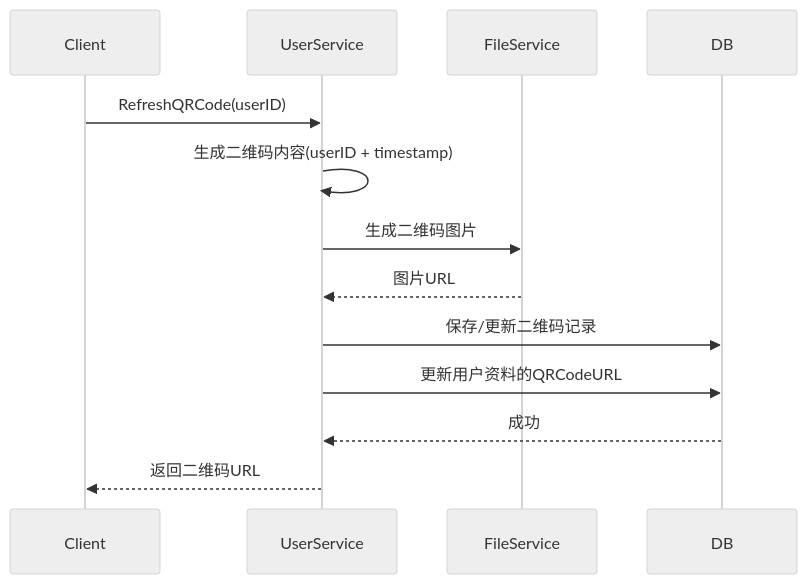
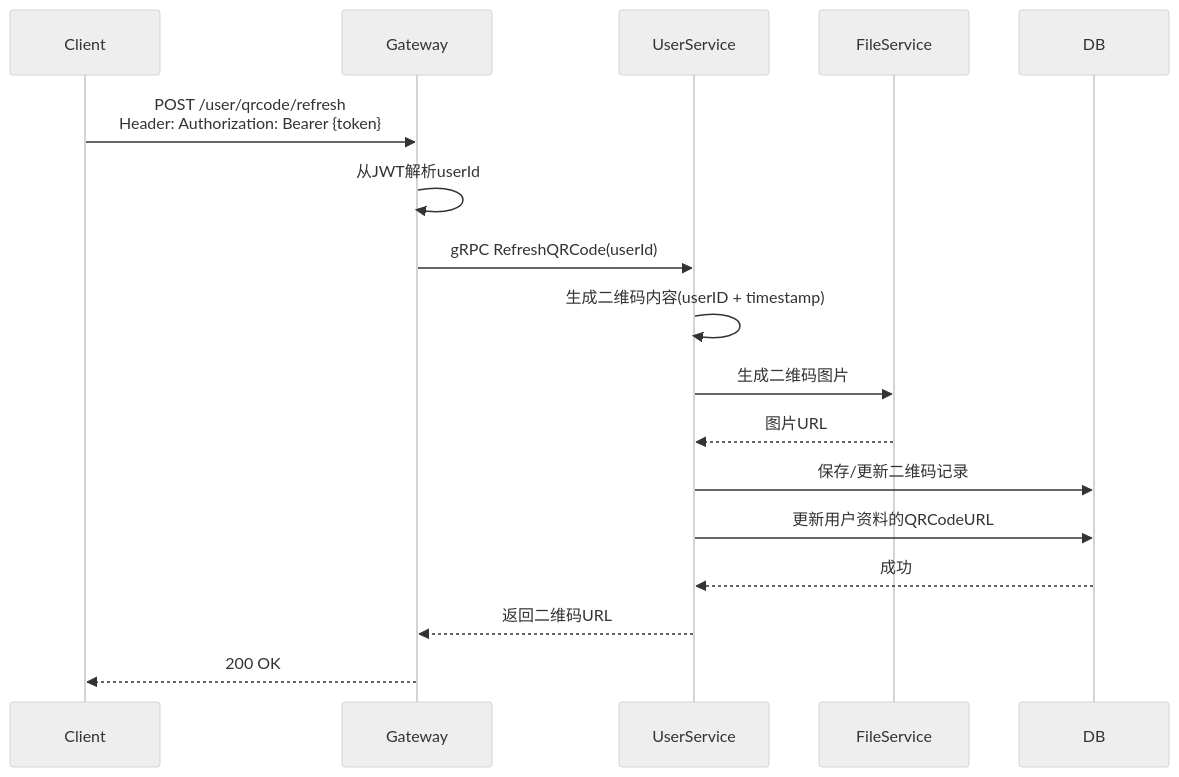
Before and after one commit to yzhgit/anychat-server: the first of 3 diagrams in docs/design/user/qrcode.md, drawn with Mermaid (neutral theme). The commit also changed other lines of this file and 30 other files, not shown here.

First line of the commit message:
docs: 更新设计文档时序图，添加Gateway和NATS参与者

````diff
--- a/docs/design/user/qrcode.md
+++ b/docs/design/user/qrcode.md
@@ -30,15 +30,20 @@
 ```mermaid
 sequenceDiagram
     participant Client
+    participant Gateway
     participant UserService
     participant FileService
+    participant DB
 
-    Client->>UserService: RefreshQRCode(userID)
+    Client->>Gateway: POST /user/qrcode/refresh<br/>Header: Authorization: Bearer {token}
+    Gateway->>Gateway: 从JWT解析userId
+    Gateway->>UserService: gRPC RefreshQRCode(userId)
     UserService->>UserService: 生成二维码内容(userID + timestamp)
     UserService->>FileService: 生成二维码图片
     FileService-->>UserService: 图片URL
     UserService->>DB: 保存/更新二维码记录
     UserService->>DB: 更新用户资料的QRCodeURL
     DB-->>UserService: 成功
-    UserService-->>Client: 返回二维码URL
+    UserService-->>Gateway: 返回二维码URL
+    Gateway-->>Client: 200 OK
 ```
````
